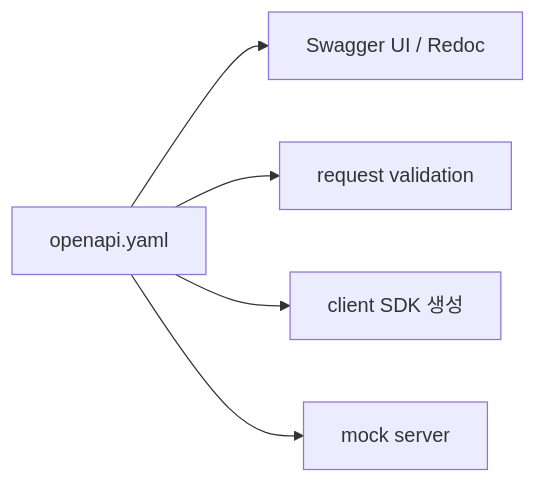
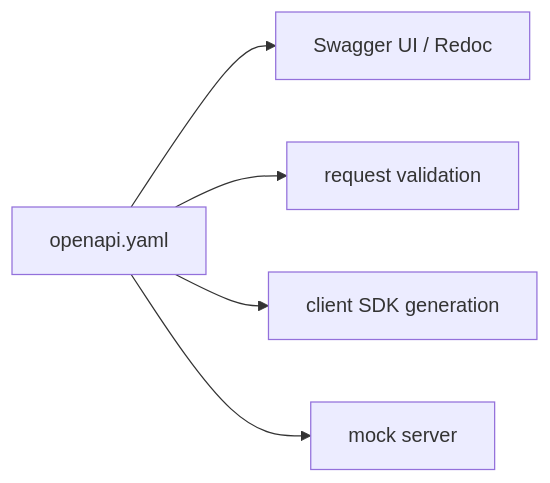
The diagram in content/api-design-101/ko/08-openapi-and-swagger.md (yeongseon-books/book-content), drawn with Mermaid before and after one commit. The commit also changed other lines of this file and 9 other files, not shown here.

````diff
--- a/content/api-design-101/ko/08-openapi-and-swagger.md
+++ b/content/api-design-101/ko/08-openapi-and-swagger.md
@@ -37,7 +44,7 @@
 ```mermaid
 flowchart LR
     Spec["openapi.yaml"] --> Docs["Swagger UI / Redoc"]
     Spec --> Validate["request validation"]
-    Spec --> Client["client SDK 생성"]
+    Spec --> Client["client SDK generation"]
     Spec --> Mock["mock server"]
 ```
````
